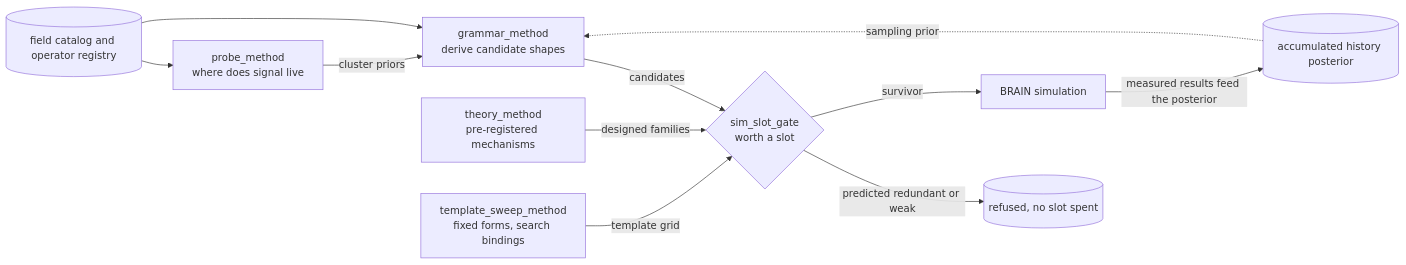
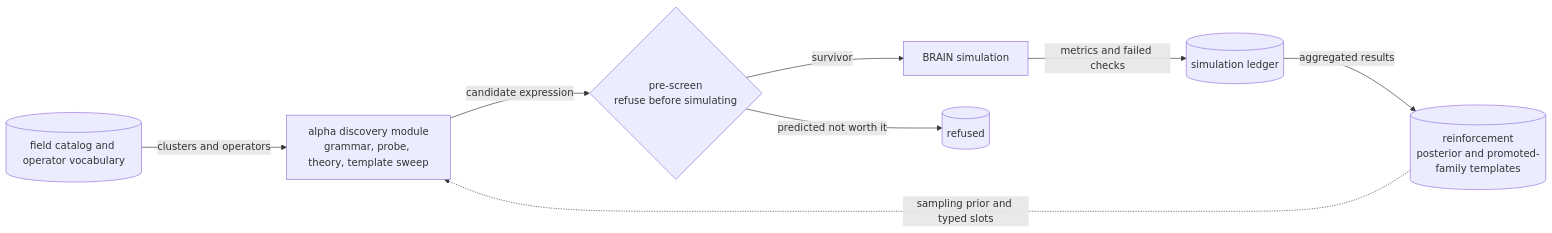
The diagram in alpha_discovery/README.md (JustinJia13/Brain-portfolio), drawn with Mermaid before and after one commit. The commit also changed other lines of this file and 115 other files, not shown here.

````diff
--- a/alpha_discovery/README.md
+++ b/alpha_discovery/README.md
@@ -22,23 +38,18 @@
 ```mermaid
 flowchart LR
-    CAT[("field catalog and operator registry")]
-    WIKI[("accumulated history posterior")]
-    PROBE["probe_method<br/>where does signal live"]
-    GRAM["grammar_method<br/>derive candidate shapes"]
-    THEO["theory_method<br/>pre-registered mechanisms"]
-    SWEEP["template_sweep_method<br/>fixed forms, search bindings"]
-    GATE{"sim_slot_gate<br/>worth a slot"}
+    CAT[("field catalog and operator vocabulary")]
+    GEN["alpha discovery module<br/>grammar, probe, theory, template sweep"]
+    SCREEN{"pre-screen<br/>refuse before simulating"}
     SIM["BRAIN simulation"]
-    DROP[("refused, no slot spent")]
+    LEDGER[("simulation ledger")]
+    SIDE[("reinforcement<br/>posterior and promoted-family templates")]
+    DROP[("refused")]
 
-    CAT --> PROBE
-    CAT --> GRAM
-    WIKI -.->|"sampling prior"| GRAM
-    PROBE -->|"cluster priors"| GRAM
-    GRAM -->|"candidates"| GATE
-    THEO -->|"designed families"| GATE
-    SWEEP -->|"template grid"| GATE
-    GATE -->|"predicted redundant or weak"| DROP
-    GATE -->|"survivor"| SIM
-    SIM -->|"measured results feed the posterior"| WIKI
+    CAT -->|"clusters and operators"| GEN
+    GEN -->|"candidate expression"| SCREEN
+    SCREEN -->|"predicted not worth it"| DROP
+    SCREEN -->|"survivor"| SIM
+    SIM -->|"metrics and failed checks"| LEDGER
+    LEDGER -->|"aggregated results"| SIDE
+    SIDE -.->|"sampling prior and typed slots"| GEN
 ```
````
